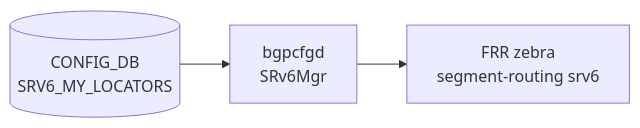
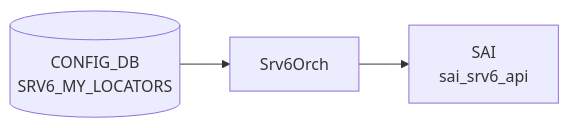
The diagram in docs/reference/config-db/srv6-my-locators.md (aoki-taquan/sonic-unofficial-docs), drawn with Mermaid before and after one commit. The commit also changed other lines of this file and 359 other files, not shown here.

````diff
--- a/docs/reference/config-db/srv6-my-locators.md
+++ b/docs/reference/config-db/srv6-my-locators.md
@@ -33,8 +33,8 @@
 ```mermaid
 flowchart LR
   CDB[("CONFIG_DB<br/>SRV6_MY_LOCATORS")]
-  DM["bgpcfgd<br/>SRv6Mgr"]
+  DM["Srv6Orch"]
   CDB --> DM
-  FRR["FRR zebra<br/>segment-routing srv6"]
-  DM --> FRR
+  SAI["SAI<br/>sai_srv6_api"]
+  DM --> SAI
 ```
````
